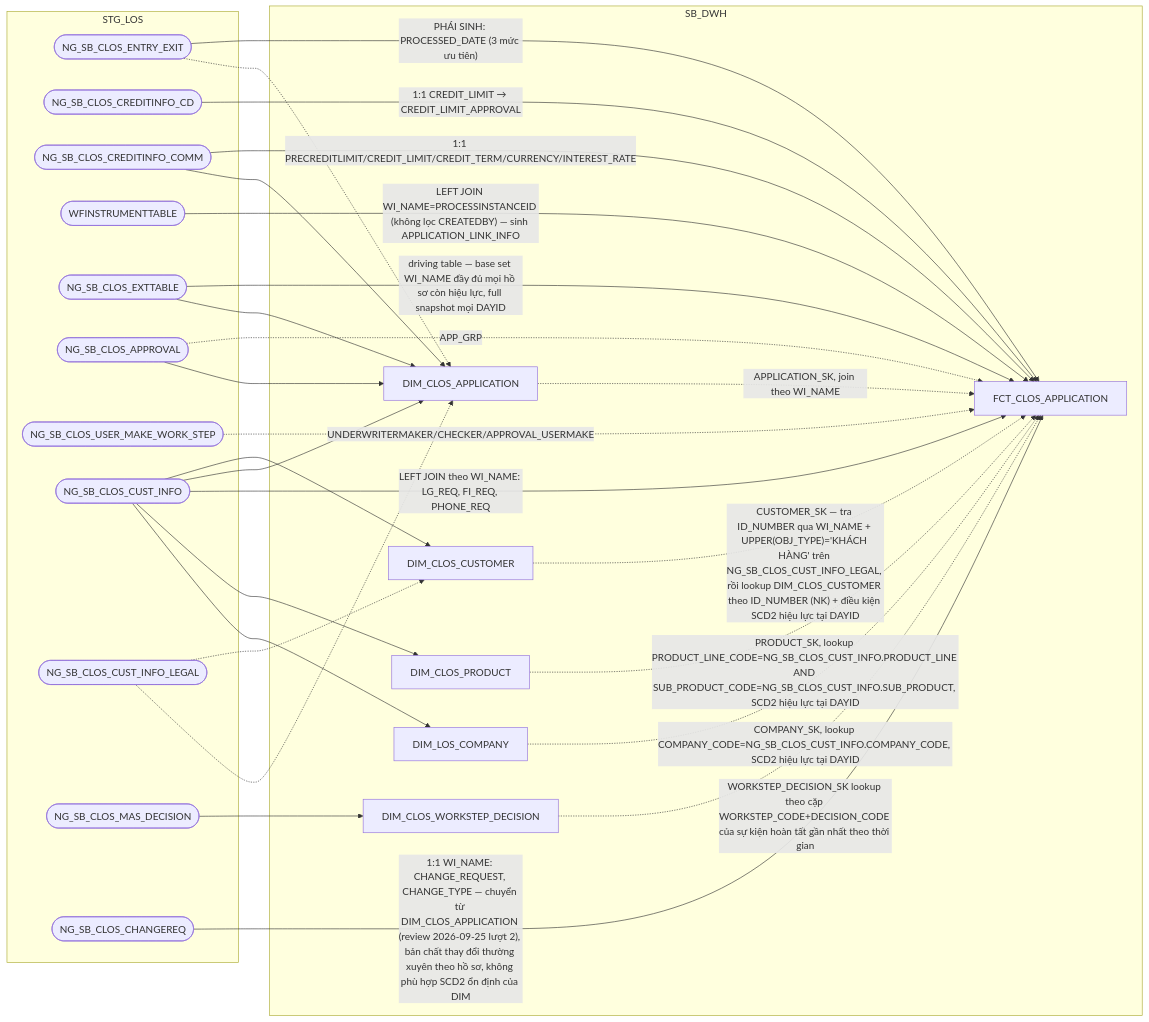
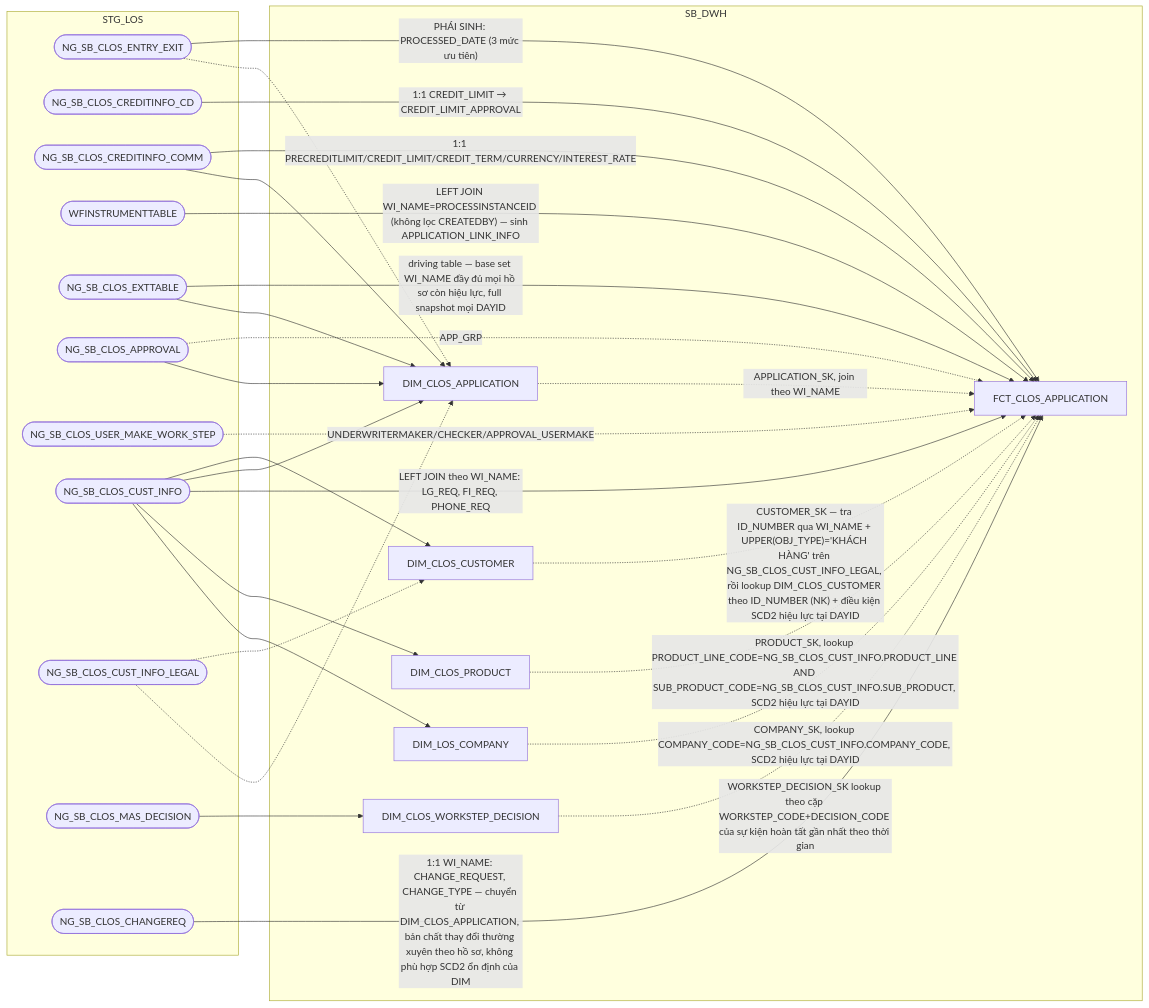
Before and after one commit to chien1198/sb-mapping-gen: the first of 14 diagrams in hld/hld_review/HLD_FCT_SB_DWH_review.md, drawn with Mermaid. The commit also changed other lines of this file and 9 other files, not shown here.

````diff
--- a/hld/hld_review/HLD_FCT_SB_DWH_review.md
+++ b/hld/hld_review/HLD_FCT_SB_DWH_review.md
@@ -24,49 +24,49 @@
 ```mermaid
 flowchart LR
     subgraph STG_LOS
         A(["NG_SB_CLOS_ENTRY_EXIT"])
         B(["NG_SB_CLOS_CREDITINFO_CD"])
         C(["NG_SB_CLOS_CREDITINFO_COMM"])
         D(["WFINSTRUMENTTABLE"])
         F(["NG_SB_CLOS_EXTTABLE"])
         G(["NG_SB_CLOS_APPROVAL"])
         H(["NG_SB_CLOS_USER_MAKE_WORK_STEP"])
         M(["NG_SB_CLOS_CUST_INFO"])
         ML(["NG_SB_CLOS_CUST_INFO_LEGAL"])
         MW(["NG_SB_CLOS_MAS_DECISION"])
         K1(["NG_SB_CLOS_CHANGEREQ"])
     end
     subgraph SB_DWH
         K["DIM_CLOS_CUSTOMER"]
         WD["DIM_CLOS_WORKSTEP_DECISION"]
         PR["DIM_CLOS_PRODUCT"]
         OU["DIM_LOS_COMPANY"]
         AP["DIM_CLOS_APPLICATION"]
         E["FCT_CLOS_APPLICATION"]
     end
     A -->|"PHÁI SINH: PROCESSED_DATE (3 mức ưu tiên)"| E
     B -->|1:1 CREDIT_LIMIT → CREDIT_LIMIT_APPROVAL| E
     C -->|1:1 PRECREDITLIMIT/CREDIT_LIMIT/CREDIT_TERM/CURRENCY/INTEREST_RATE| E
     D -->|"LEFT JOIN WI_NAME=PROCESSINSTANCEID (không lọc CREATEDBY) — sinh APPLICATION_LINK_INFO"| E
     F -->|"driving table — base set WI_NAME đầy đủ mọi hồ sơ còn hiệu lực, full snapshot mọi DAYID"| E
     G -.->|"APP_GRP"| E
     H -.->|"UNDERWRITERMAKER/CHECKER/APPROVAL_USERMAKE"| E
     K -.->|"CUSTOMER_SK — tra ID_NUMBER qua WI_NAME + UPPER(OBJ_TYPE)='KHÁCH HÀNG' trên NG_SB_CLOS_CUST_INFO_LEGAL, rồi lookup DIM_CLOS_CUSTOMER theo ID_NUMBER (NK) + điều kiện SCD2 hiệu lực tại DAYID"| E
     M --> K
     ML -.-> K
     MW --> WD
     WD -.->|"WORKSTEP_DECISION_SK lookup theo cặp WORKSTEP_CODE+DECISION_CODE của sự kiện hoàn tất gần nhất theo thời gian"| E
     PR -.->|"PRODUCT_SK, lookup PRODUCT_LINE_CODE=NG_SB_CLOS_CUST_INFO.PRODUCT_LINE AND SUB_PRODUCT_CODE=NG_SB_CLOS_CUST_INFO.SUB_PRODUCT, SCD2 hiệu lực tại DAYID"| E
     OU -.->|"COMPANY_SK, lookup COMPANY_CODE=NG_SB_CLOS_CUST_INFO.COMPANY_CODE, SCD2 hiệu lực tại DAYID"| E
     F --> AP
     M --> AP
     ML -.-> AP
     G --> AP
     A -.-> AP
     C --> AP
     AP -.->|"APPLICATION_SK, join theo WI_NAME"| E
     M -->|"LEFT JOIN theo WI_NAME: LG_REQ, FI_REQ, PHONE_REQ"| E
     M --> PR
     M --> OU
-    K1 -->|"1:1 WI_NAME: CHANGE_REQUEST, CHANGE_TYPE — chuyển từ DIM_CLOS_APPLICATION (review 2026-09-25 lượt 2), bản chất thay đổi thường xuyên theo hồ sơ, không phù hợp SCD2 ổn định của DIM"| E
+    K1 -->|"1:1 WI_NAME: CHANGE_REQUEST, CHANGE_TYPE — chuyển từ DIM_CLOS_APPLICATION, bản chất thay đổi thường xuyên theo hồ sơ, không phù hợp SCD2 ổn định của DIM"| E
 ```
````
